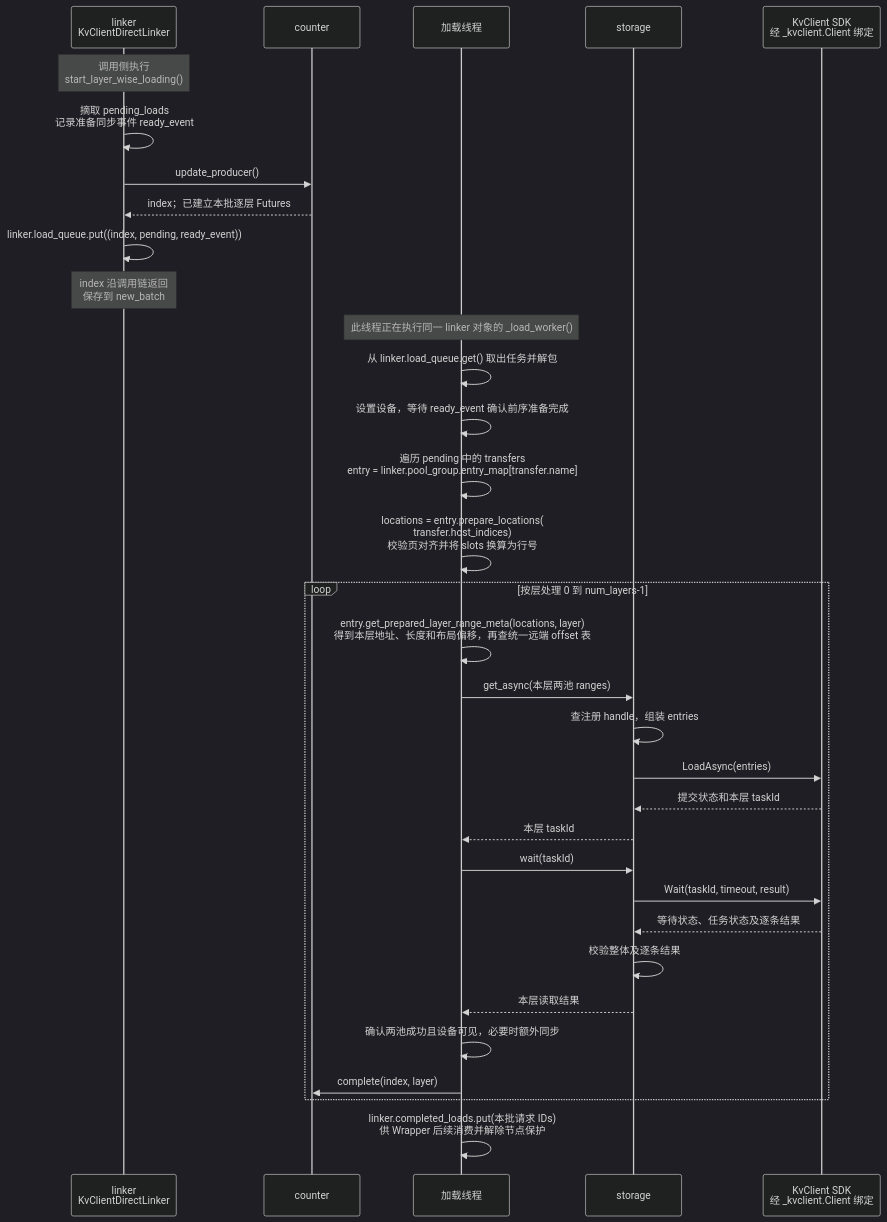
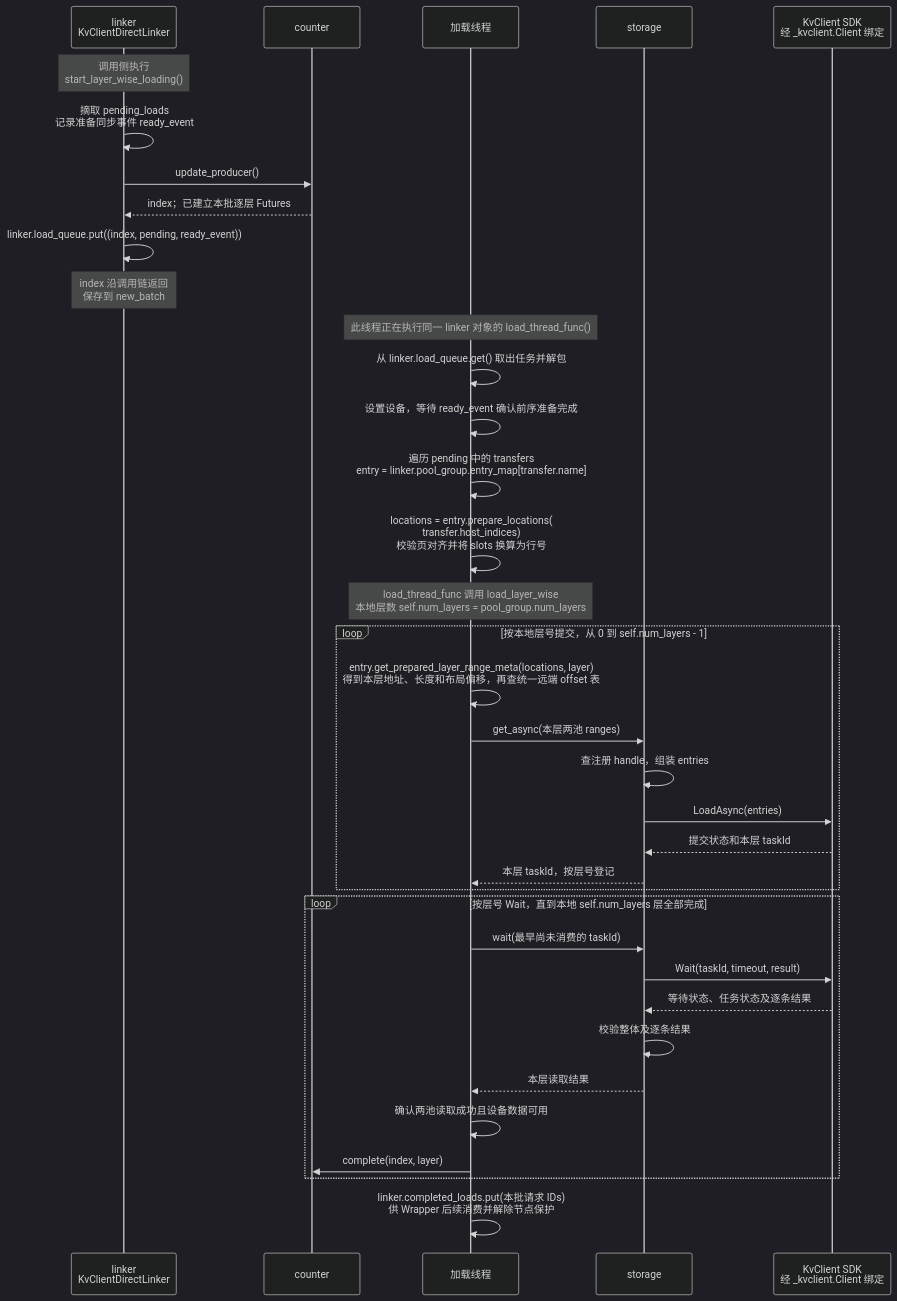
One commit to yuanzhg078/sglang changed diagram 17 of 26 in kv_client_linker_backend_design.md. Above: the diagram before and after it, drawn with Mermaid (dark theme). The commit also changed other lines of this file and 11 other files, not shown here.

Commit message:
Add KvClient linker and DSA layer split design

````diff
--- a/kv_client_linker_backend_design.md
+++ b/kv_client_linker_backend_design.md
@@ -1009,35 +1044,38 @@
 ```mermaid
 sequenceDiagram
     participant B as linker<br/>KvClientDirectLinker
     participant K as counter
     participant L as 加载线程
     participant S as storage
     participant V as KvClient SDK<br/>经 _kvclient.Client 绑定
     Note over B: 调用侧执行<br/>start_layer_wise_loading()
     B->>B: 摘取 pending_loads<br/>记录准备同步事件 ready_event
     B->>K: update_producer()
     K-->>B: index；已建立本批逐层 Futures
     B->>B: linker.load_queue.put((index, pending, ready_event))
     Note over B: index 沿调用链返回<br/>保存到 new_batch
-    Note over L: 此线程正在执行同一 linker 对象的 _load_worker()
+    Note over L: 此线程正在执行同一 linker 对象的 load_thread_func()
     L->>L: 从 linker.load_queue.get() 取出任务并解包
     L->>L: 设置设备，等待 ready_event 确认前序准备完成
     L->>L: 遍历 pending 中的 transfers<br/>entry = linker.pool_group.entry_map[transfer.name]
     L->>L: locations = entry.prepare_locations(<br/>transfer.host_indices)<br/>校验页对齐并将 slots 换算为行号
-    loop 按层处理 0 到 num_layers-1
+    Note over L: load_thread_func 调用 load_layer_wise<br/>本地层数 self.num_layers = pool_group.num_layers
+    loop 按本地层号提交，从 0 到 self.num_layers - 1
         L->>L: entry.get_prepared_layer_range_meta(locations, layer)<br/>得到本层地址、长度和布局偏移，再查统一远端 offset 表
         L->>S: get_async(本层两池 ranges)
         S->>S: 查注册 handle，组装 entries
         S->>V: LoadAsync(entries)
         V-->>S: 提交状态和本层 taskId
-        S-->>L: 本层 taskId
-        L->>S: wait(taskId)
+        S-->>L: 本层 taskId，按层号登记
+    end
+    loop 按层号 Wait，直到本地 self.num_layers 层全部完成
+        L->>S: wait(最早尚未消费的 taskId)
         S->>V: Wait(taskId, timeout, result)
         V-->>S: 等待状态、任务状态及逐条结果
         S->>S: 校验整体及逐条结果
         S-->>L: 本层读取结果
-        L->>L: 确认两池成功且设备可见，必要时额外同步
+        L->>L: 确认两池读取成功且设备数据可用
         L->>K: complete(index, layer)
     end
     L->>L: linker.completed_loads.put(本批请求 IDs)<br/>供 Wrapper 后续消费并解除节点保护
 ```
````
